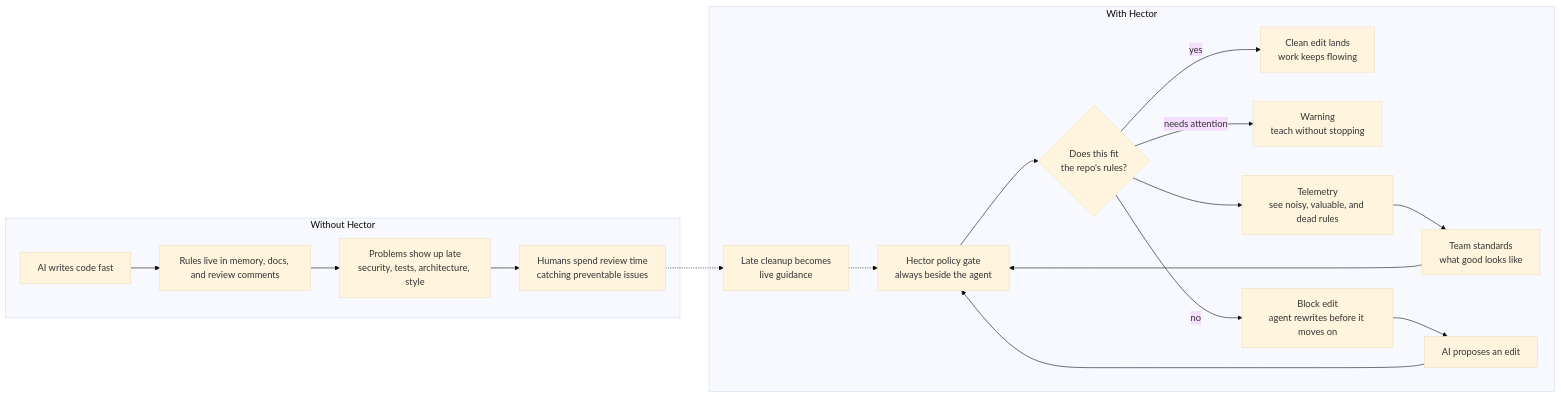
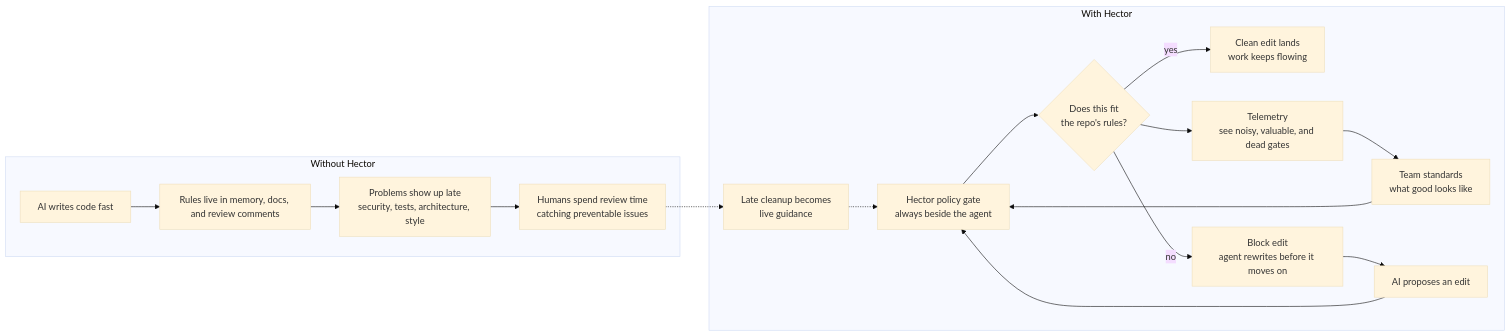
Before and after one commit to christopherarter/hector: the diagram in docs/visual-elevator-pitch.md, drawn with Mermaid (base theme). The commit also changed other lines of this file and 27 other files, not shown here.

````diff
--- a/docs/visual-elevator-pitch.md
+++ b/docs/visual-elevator-pitch.md
@@ -5,36 +5,34 @@
 ```mermaid
 flowchart LR
     subgraph Without["Without Hector"]
         Speed["AI writes code fast"]
         Drift["Rules live in memory, docs, and review comments"]
         Late["Problems show up late<br/>security, tests, architecture, style"]
         Rework["Humans spend review time<br/>catching preventable issues"]
 
         Speed --> Drift --> Late --> Rework
     end
 
     subgraph With["With Hector"]
         Intent["Team standards<br/>what good looks like"]
         Gate["Hector policy gate<br/>always beside the agent"]
         Proposed["AI proposes an edit"]
         Check{"Does this fit<br/>the repo's rules?"}
         Clean["Clean edit lands<br/>work keeps flowing"]
-        Warn["Warning<br/>teach without stopping"]
         Block["Block edit<br/>agent rewrites before it moves on"]
-        Signal["Telemetry<br/>see noisy, valuable, and dead rules"]
+        Signal["Telemetry<br/>see noisy, valuable, and dead gates"]
         Bridge["Late cleanup becomes<br/>live guidance"]
 
         Intent --> Gate
         Proposed --> Gate
         Gate --> Check
         Check -->|yes| Clean
-        Check -->|needs attention| Warn
         Check -->|no| Block
         Block --> Proposed
         Check --> Signal
         Signal --> Intent
     end
 
     Rework -.-> Bridge
     Bridge -.-> Gate
 ```
````
